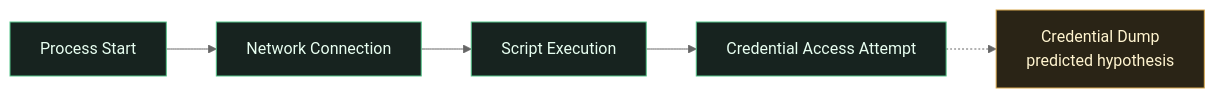
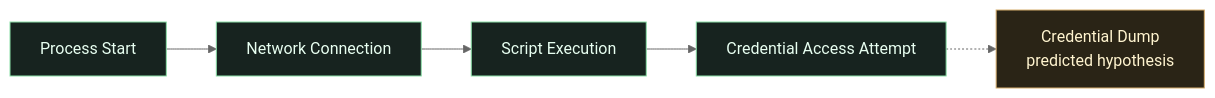
Before and after one commit to vidsdesai30/GHOST: the first of 2 diagrams in README.md, drawn with Mermaid (neutral theme). The commit also changed other lines of this file and 25 other files, not shown here.

````diff
--- a/README.md
+++ b/README.md
@@ -77,12 +48,11 @@
 ```mermaid
 flowchart LR
     A[Process Start] --> B[Network Connection]
     B --> C[Script Execution]
     C --> D[Credential Access Attempt]
     D -.-> E[Credential Dump<br/>predicted hypothesis]
-
-    classDef observed fill:#17231f,stroke:#55c58a,color:#e8fff1
-    classDef predicted fill:#2a2416,stroke:#d8a84e,color:#fff4cf
+    classDef observed fill:#17231f,stroke:#8be0a8,color:#e8fff1
+    classDef predicted fill:#2a2416,stroke:#d6ad6d,color:#fff4cf
     class A,B,C,D observed
     class E predicted
 ```
````
